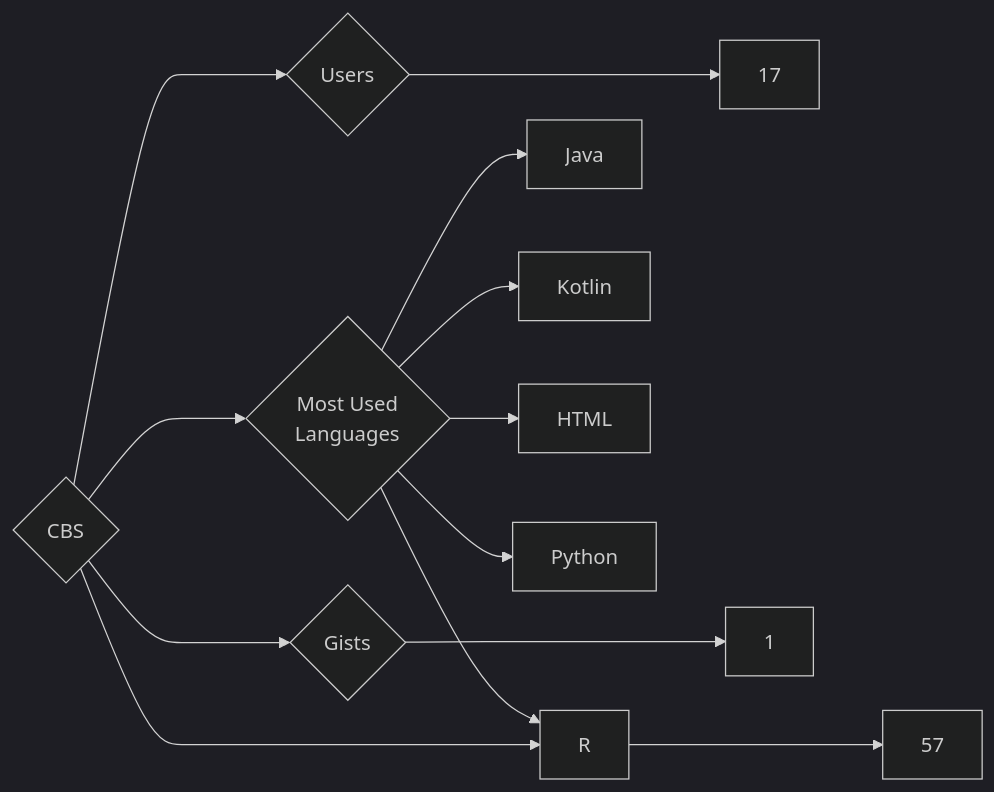
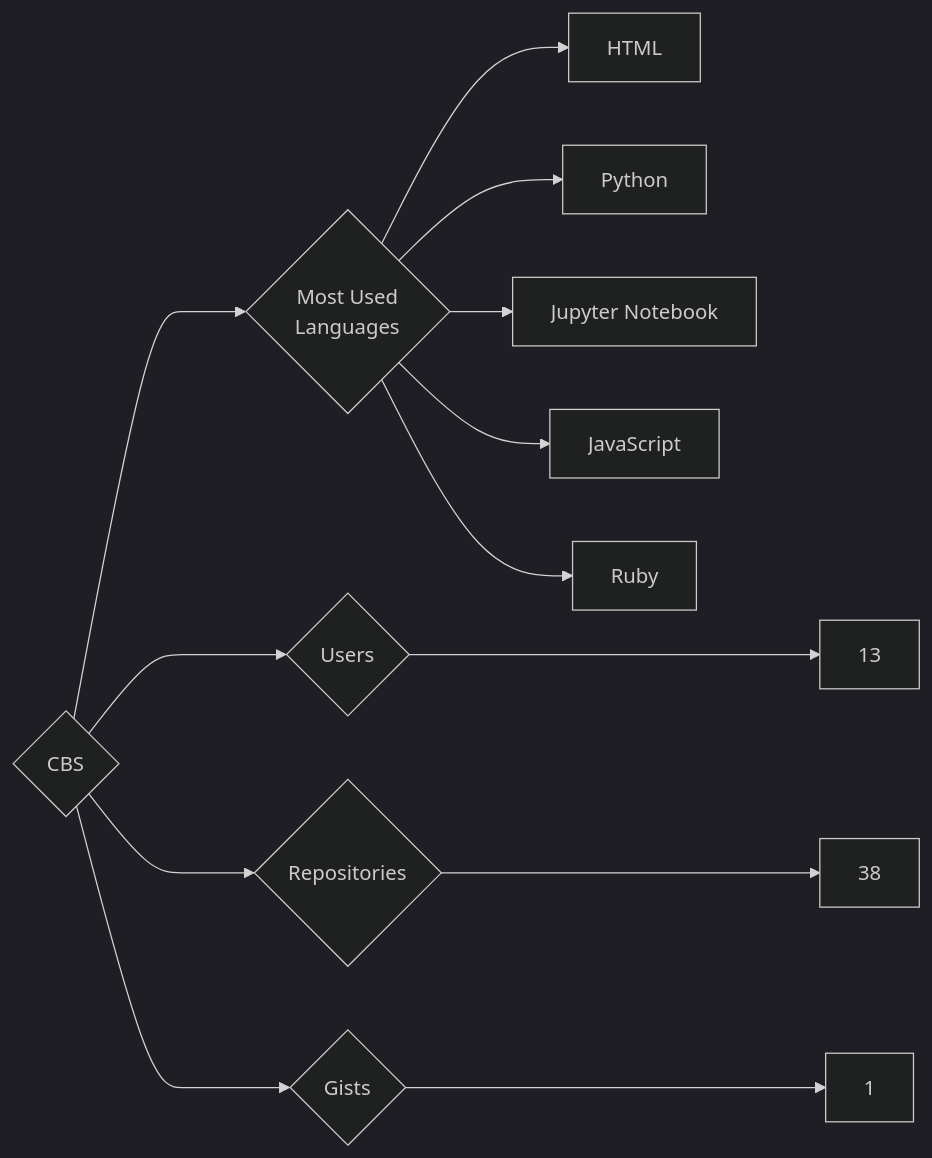
The diagram in targets/CBS/README.md (trickest/insiders), drawn with Mermaid (dark theme) before and after one commit. The commit also changed 925 other files, not shown here.

````diff
--- a/targets/CBS/README.md
+++ b/targets/CBS/README.md
@@ -3,13 +3,13 @@
 ```mermaid
 graph LR
 COMPANY_NAME{CBS}
-COMPANY_NAME ---> U{Users} ---> UN[17]
-COMPANY_NAME ---> R{Repositories} ---> RN[57]
+COMPANY_NAME ---> U{Users} ---> UN[13]
+COMPANY_NAME ---> R{Repositories} ---> RN[38]
 COMPANY_NAME ---> G{Gists} ---> GN[1]
 COMPANY_NAME ---> ML{Most Used<br>Languages}
-ML --> Java[Java]
-ML --> Kotlin[Kotlin]
 ML --> HTML[HTML]
-ML --> R[R]
 ML --> Python[Python]
+ML --> Jupyter_Notebook[Jupyter Notebook]
+ML --> JavaScript[JavaScript]
+ML --> Ruby[Ruby]
 ```
````
